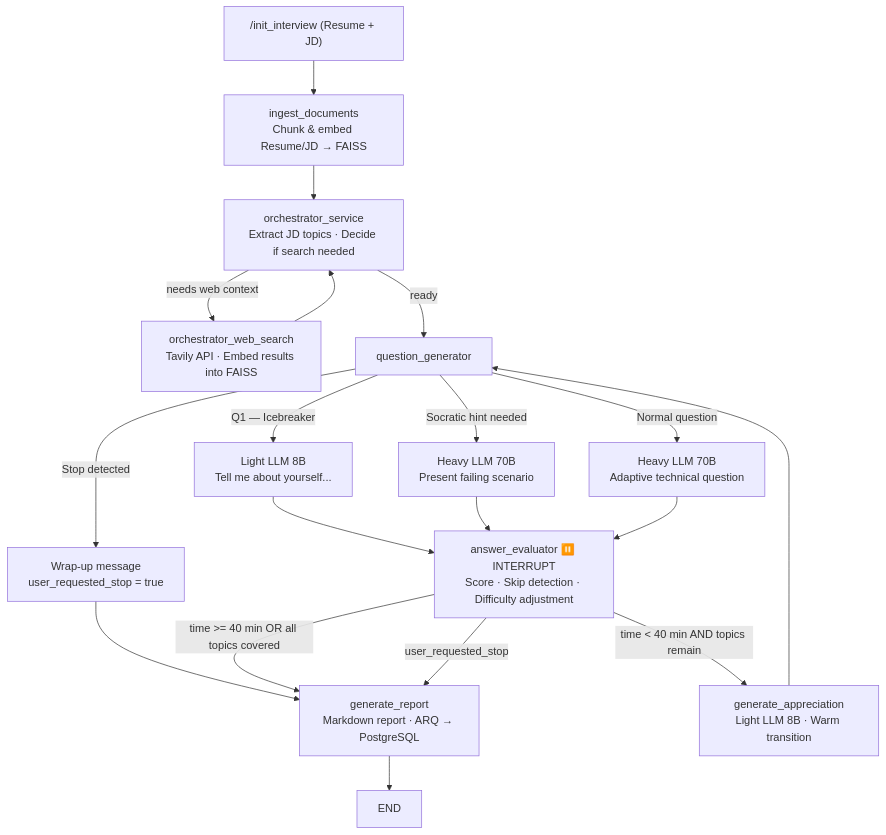
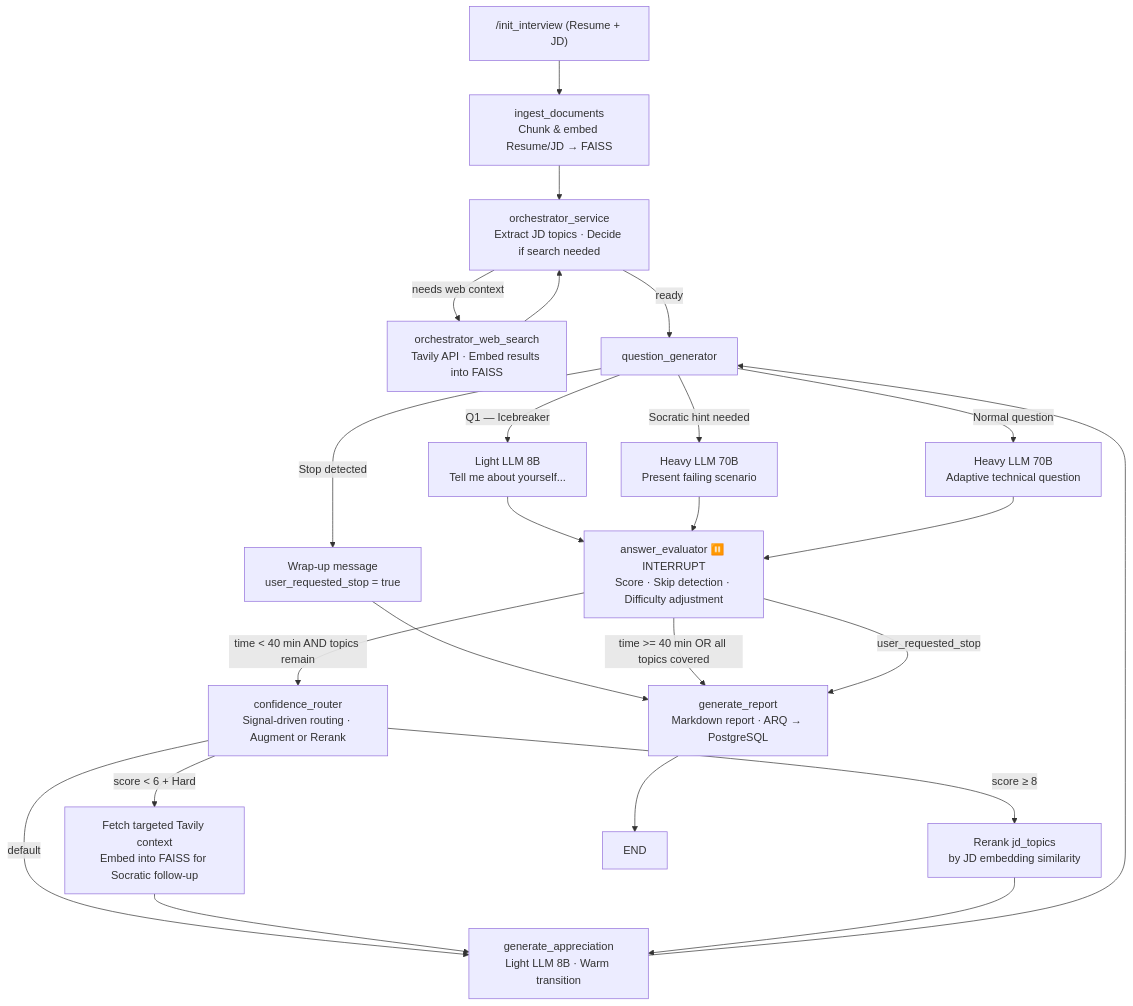
Before and after one commit to Arghadeep78/interv-ai: the diagram in docs/architecture.md, drawn with Mermaid. The commit also changed other lines of this file and 7 other files, not shown here.

Commit message:
feat: confidence router update docs

````diff
--- a/docs/architecture.md
+++ b/docs/architecture.md
@@ -9,27 +9,33 @@
 ```mermaid
 graph TD
     A["/init_interview (Resume + JD)"] --> B["ingest_documents\nChunk & embed Resume/JD → FAISS"]
     B --> C["orchestrator_service\nExtract JD topics · Decide if search needed"]
     C -->|needs web context| D["orchestrator_web_search\nTavily API · Embed results into FAISS"]
     D --> C
     C -->|ready| E["question_generator"]
 
     E -->|Q1 — Icebreaker| E1["Light LLM 8B\nTell me about yourself..."]
     E -->|Stop detected| E2["Wrap-up message\nuser_requested_stop = true"]
     E -->|Socratic hint needed| E3["Heavy LLM 70B\nPresent failing scenario"]
     E -->|Normal question| E4["Heavy LLM 70B\nAdaptive technical question"]
 
     E1 --> F
     E2 --> G
     E3 --> F
     E4 --> F
 
     F["answer_evaluator ⏸️ INTERRUPT\nScore · Skip detection · Difficulty adjustment"]
-    F -->|time < 40 min AND topics remain| F1["generate_appreciation\nLight LLM 8B · Warm transition"]
+    F -->|time < 40 min AND topics remain| CR["confidence_router\nSignal-driven routing · Augment or Rerank"]
+    CR -->|score < 6 + Hard| CR1["Fetch targeted Tavily context\nEmbed into FAISS for Socratic follow-up"]
+    CR -->|score ≥ 8| CR2["Rerank jd_topics\nby JD embedding similarity"]
+    CR -->|default| F1
+    CR1 --> F1
+    CR2 --> F1
+    F1["generate_appreciation\nLight LLM 8B · Warm transition"]
     F1 --> E
     F -->|time >= 40 min OR all topics covered| G
     F -->|user_requested_stop| G
 
     G["generate_report\nMarkdown report · ARQ → PostgreSQL"]
     G --> H["END"]
 ```
````
